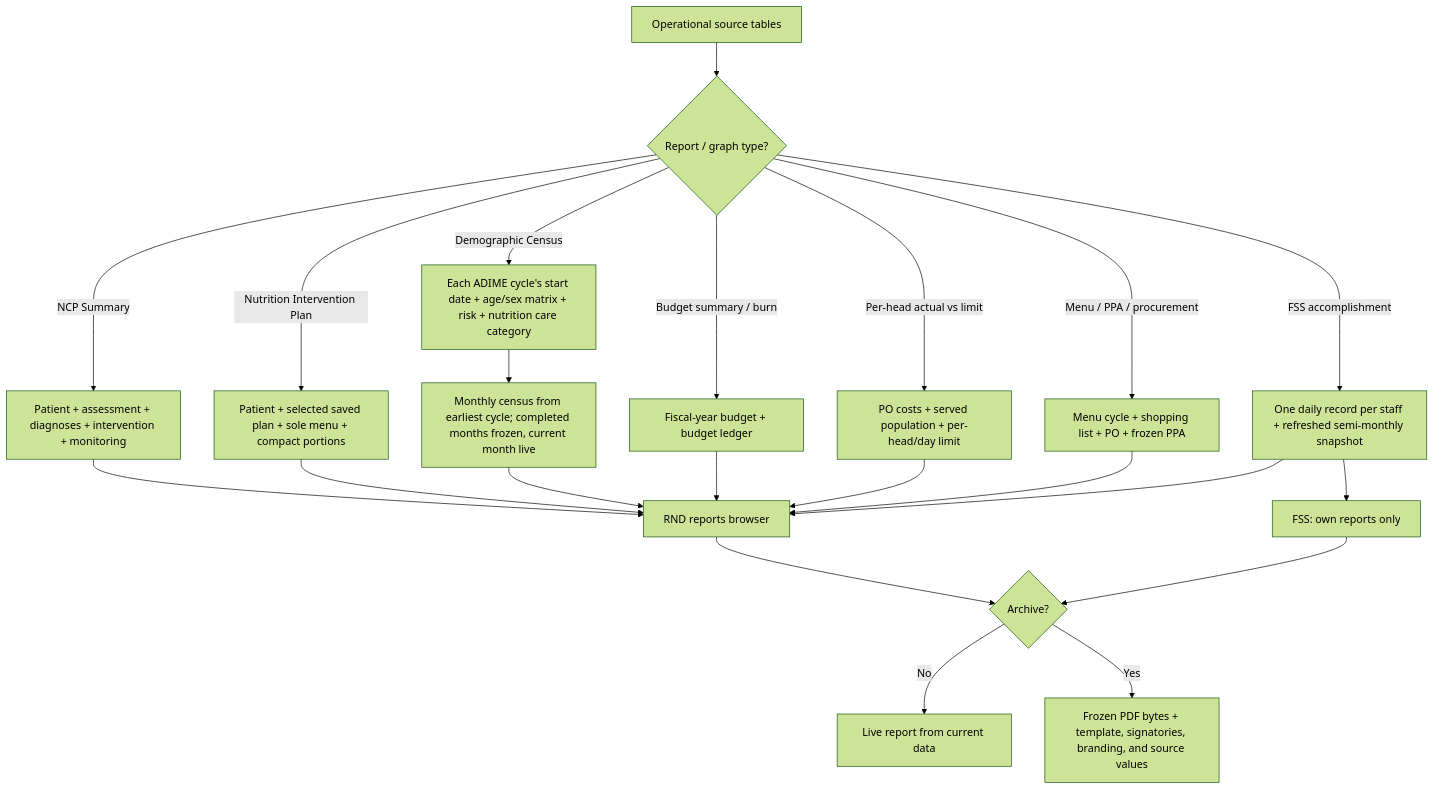
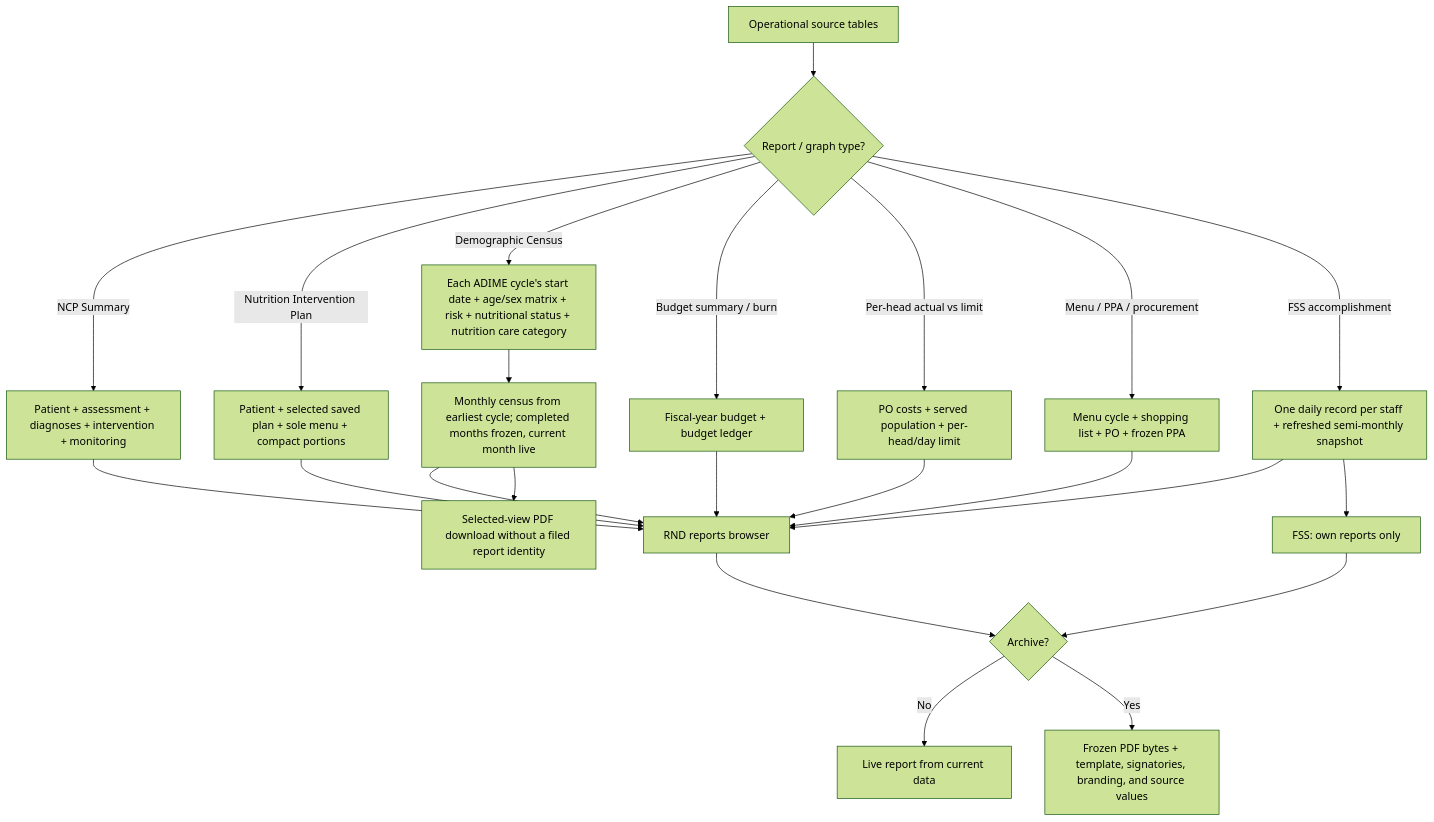
Before and after one commit to ja2gc/Nutriscope: the eighth of 9 diagrams in docs/module-workflow-flowchart.md, drawn with Mermaid (forest theme). The commit also changed other lines of this file and 58 other files, not shown here.

````diff
--- a/docs/module-workflow-flowchart.md
+++ b/docs/module-workflow-flowchart.md
@@ -276,26 +276,27 @@
 ```mermaid
 flowchart TD
     A["Operational source tables"] --> B{"Report / graph type?"}
     B -->|"NCP Summary"| C["Patient + assessment + diagnoses + intervention + monitoring"]
     B -->|"Nutrition Intervention Plan"| D["Patient + selected saved plan + sole menu + compact portions"]
-    B -->|"Demographic Census"| E["Each ADIME cycle's start date + age/sex matrix + risk + nutrition care category"]
+    B -->|"Demographic Census"| E["Each ADIME cycle's start date + age/sex matrix + risk + nutritional status + nutrition care category"]
     B -->|"Budget summary / burn"| F["Fiscal-year budget + budget ledger"]
     B -->|"Per-head actual vs limit"| G["PO costs + served population + per-head/day limit"]
     B -->|"Menu / PPA / procurement"| H["Menu cycle + shopping list + PO + frozen PPA"]
     B -->|"FSS accomplishment"| I["One daily record per staff + refreshed semi-monthly snapshot"]
 
     C --> J["RND reports browser"]
     D --> J
     E --> O["Monthly census from earliest cycle; completed months frozen, current month live"]
     O --> J
+    O --> P["Selected-view PDF download without a filed report identity"]
     F --> J
     G --> J
     H --> J
     I --> J
     I --> K["FSS: own reports only"]
 
     J --> L{"Archive?"}
     K --> L
     L -->|"No"| M["Live report from current data"]
     L -->|"Yes"| N["Frozen PDF bytes + template, signatories, branding, and source values"]
 ```
````
